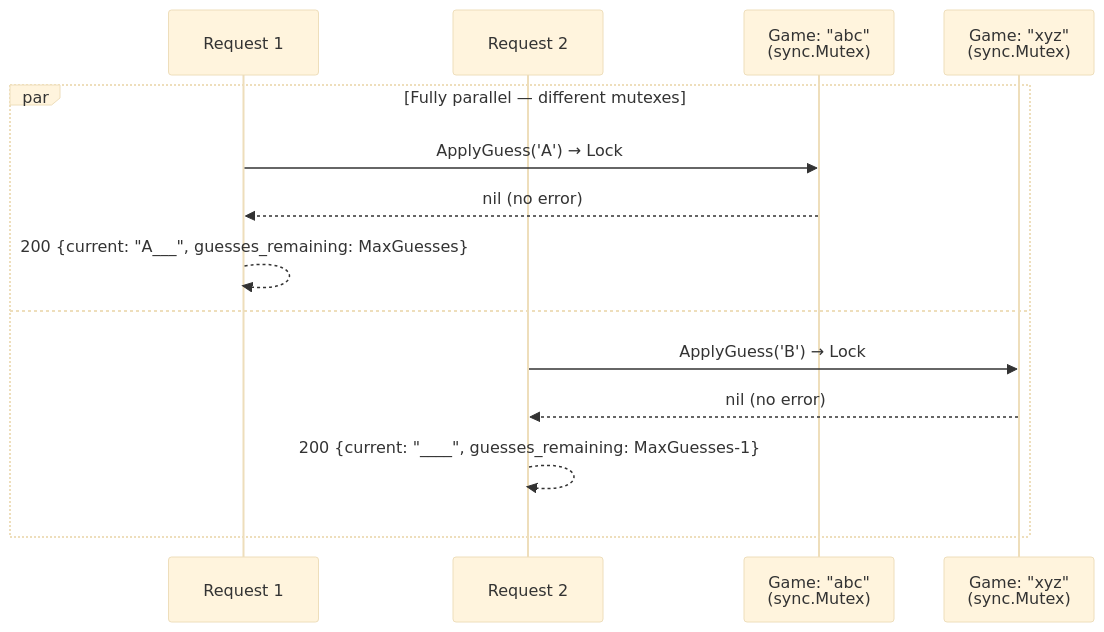
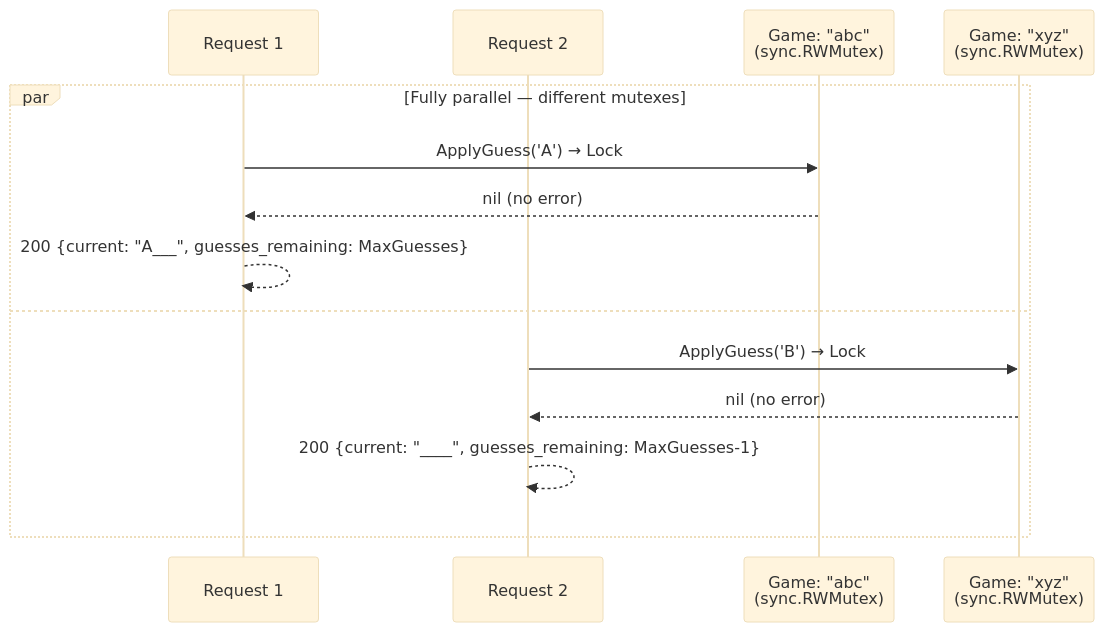
The third of 3 diagrams in code-structure.md (ajitm722/wordgame), drawn with Mermaid (base theme) before and after one commit. The commit also changed other lines of this file and 2 other files, not shown here.

Commit message:
Updating to RWMutex for the game struct

````diff
--- a/code-structure.md
+++ b/code-structure.md
@@ -334,17 +334,17 @@
 ```mermaid
 sequenceDiagram
     participant R1 as Request 1
     participant R2 as Request 2
-    participant GameA as Game: "abc"<br/>(sync.Mutex)
-    participant GameB as Game: "xyz"<br/>(sync.Mutex)
+    participant GameA as Game: "abc"<br/>(sync.RWMutex)
+    participant GameB as Game: "xyz"<br/>(sync.RWMutex)
 
     par Fully parallel — different mutexes
         R1->>GameA: ApplyGuess('A') → Lock
         GameA-->>R1: nil (no error)
         R1-->>R1: 200 {current: "A___", guesses_remaining: MaxGuesses}
     and
         R2->>GameB: ApplyGuess('B') → Lock
         GameB-->>R2: nil (no error)
         R2-->>R2: 200 {current: "____", guesses_remaining: MaxGuesses-1}
     end
 ```
````
